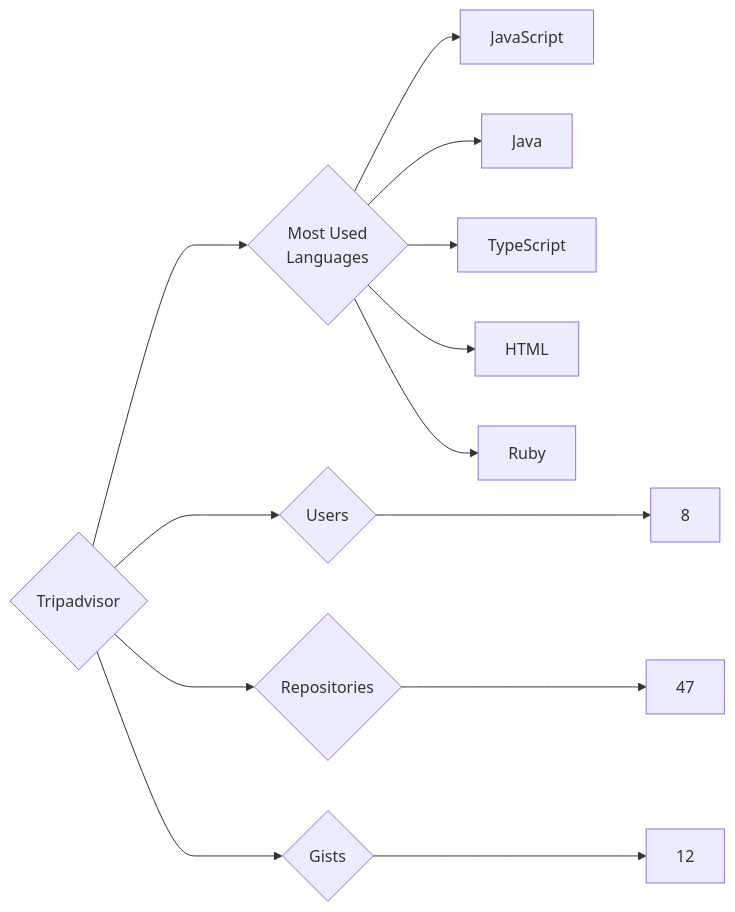
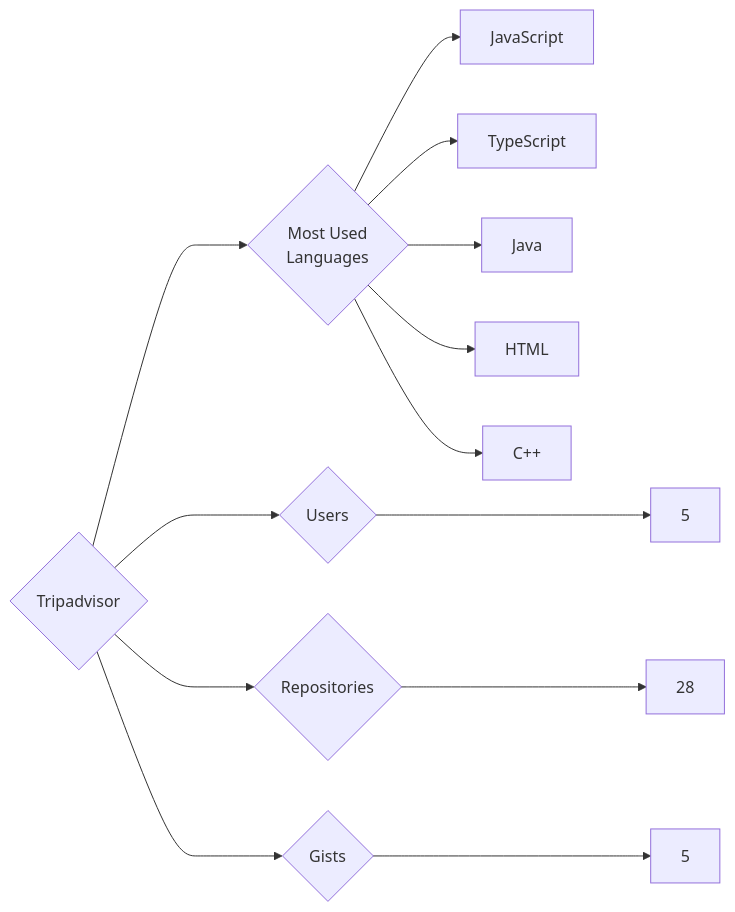
One commit to trickest/insiders changed the diagram in targets/Tripadvisor/README.md. Above: the diagram before and after it, drawn with Mermaid. The commit also changed 1479 other files, not shown here.

````diff
--- a/targets/Tripadvisor/README.md
+++ b/targets/Tripadvisor/README.md
@@ -3,13 +3,13 @@
 ```mermaid
 graph LR
 COMPANY_NAME{Tripadvisor}
-COMPANY_NAME ---> U{Users} ---> UN[8]
-COMPANY_NAME ---> R{Repositories} ---> RN[47]
-COMPANY_NAME ---> G{Gists} ---> GN[12]
+COMPANY_NAME ---> U{Users} ---> UN[5]
+COMPANY_NAME ---> R{Repositories} ---> RN[28]
+COMPANY_NAME ---> G{Gists} ---> GN[5]
 COMPANY_NAME ---> ML{Most Used<br>Languages}
 ML --> JavaScript[JavaScript]
+ML --> TypeScript[TypeScript]
 ML --> Java[Java]
-ML --> TypeScript[TypeScript]
 ML --> HTML[HTML]
-ML --> Ruby[Ruby]
+ML --> C++[C++]
 ```
````
